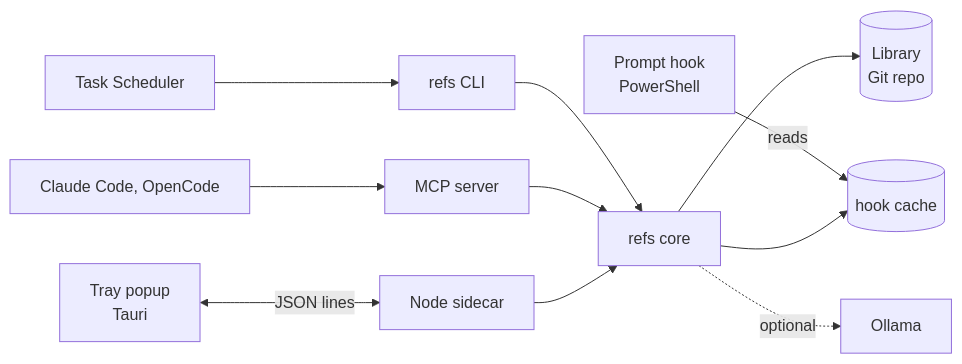
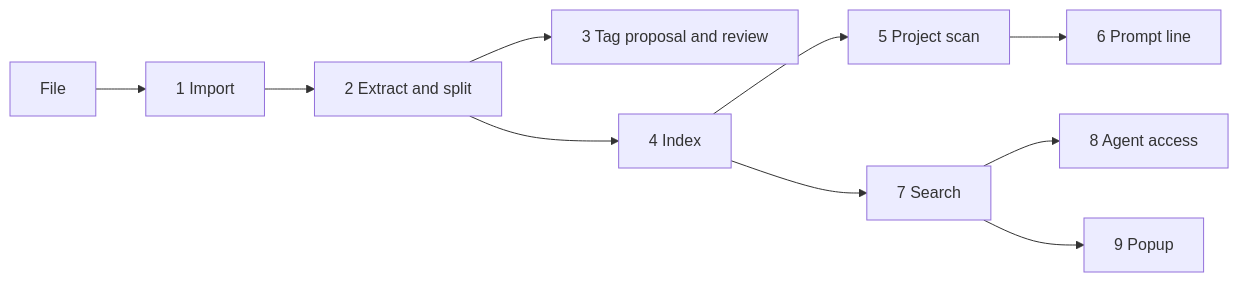
The diagram in README.md (cgbot7/Nudge), drawn with Mermaid before and after one commit. The commit also changed other lines of this file and 3 other files, not shown here.

First line of the commit message:
Docs: sync README and architecture with the code

````diff
--- a/README.md
+++ b/README.md
@@ -44,13 +67,12 @@
 ```mermaid
 flowchart LR
-  hook["Prompt hook<br/>PowerShell"] -->|reads| cache[("hook cache")]
-  task["Task Scheduler"] --> cli["refs CLI"]
-  agents["Claude Code, OpenCode"] --> mcp["MCP server"]
-  popup["Tray popup<br/>Tauri"] <-->|JSON lines| sidecar["Node sidecar"]
-  cli --> core["refs core"]
-  mcp --> core
-  sidecar --> core
-  core --> lib[("Library<br/>Git repo")]
-  core --> cache
-  core -.->|optional| ollama["Ollama"]
+  file["File"] --> s1["1 Import"]
+  s1 --> s2["2 Extract and split"]
+  s2 --> s3["3 Tag proposal and review"]
+  s2 --> s4["4 Index"]
+  s4 --> s5["5 Project scan"]
+  s5 --> s6["6 Prompt line"]
+  s4 --> s7["7 Search"]
+  s7 --> s8["8 Agent access"]
+  s7 --> s9["9 Popup"]
 ```
````
